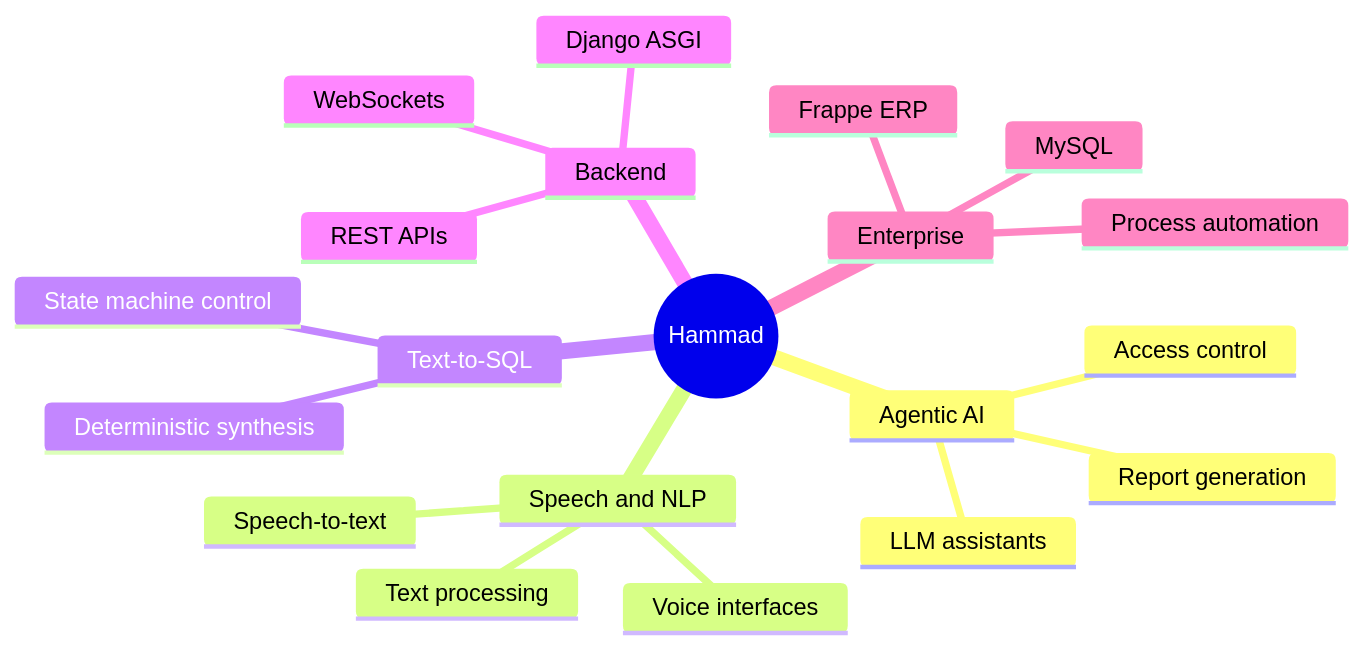
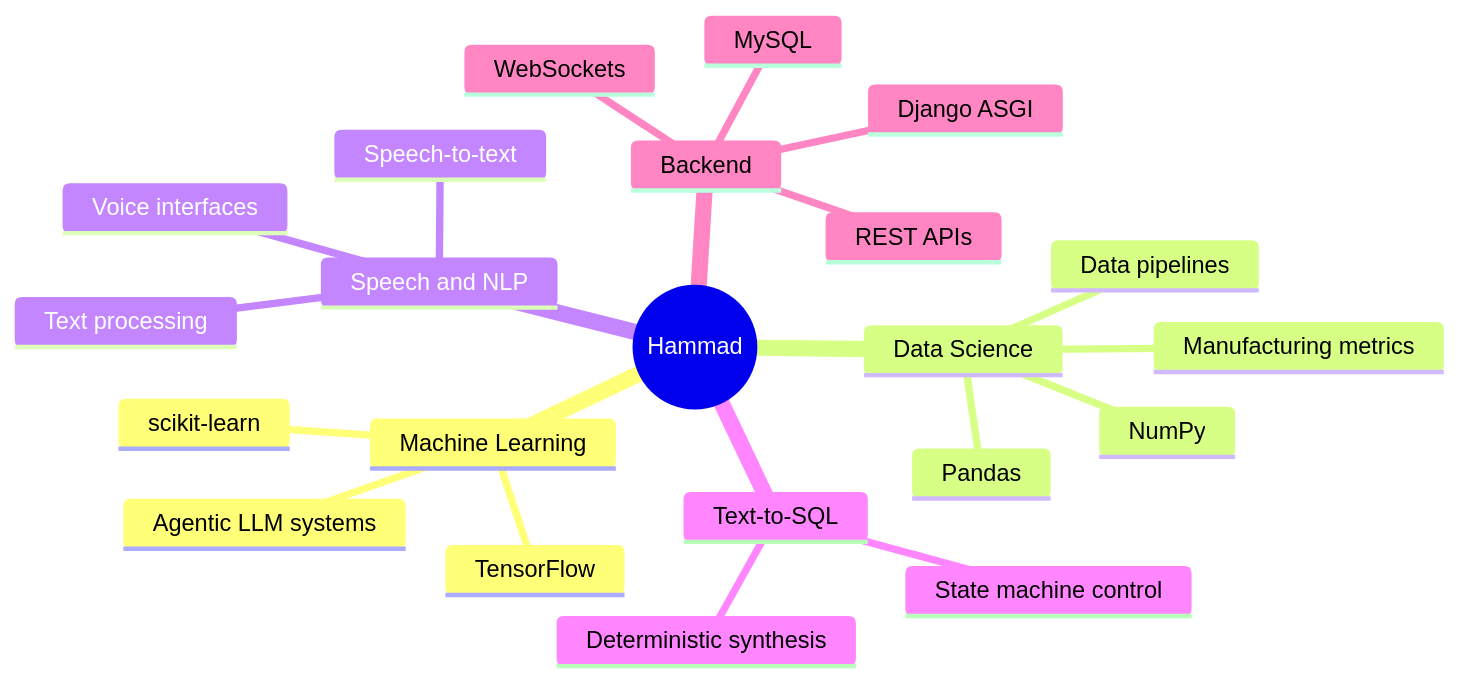
One commit to Hammad-5705/Hammad-5705 changed the first of 4 diagrams in README.md. Above: the diagram before and after it, drawn with Mermaid. The commit also changed other lines of this file, not shown here.

````diff
--- a/README.md
+++ b/README.md
@@ -80,23 +101,25 @@
 ```mermaid
 mindmap
   root((Hammad))
-    Agentic AI
-      LLM assistants
-      Report generation
-      Access control
+    Machine Learning
+      TensorFlow
+      scikit-learn
+      Agentic LLM systems
+    Data Science
+      Pandas
+      NumPy
+      Data pipelines
+      Manufacturing metrics
     Speech and NLP
       Speech-to-text
       Voice interfaces
       Text processing
     Text-to-SQL
       State machine control
       Deterministic synthesis
     Backend
       Django ASGI
       WebSockets
       REST APIs
-    Enterprise
-      Frappe ERP
       MySQL
-      Process automation
 ```
````
